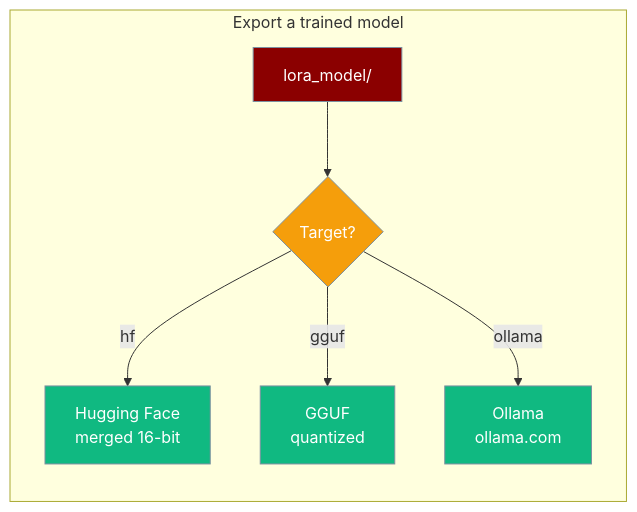
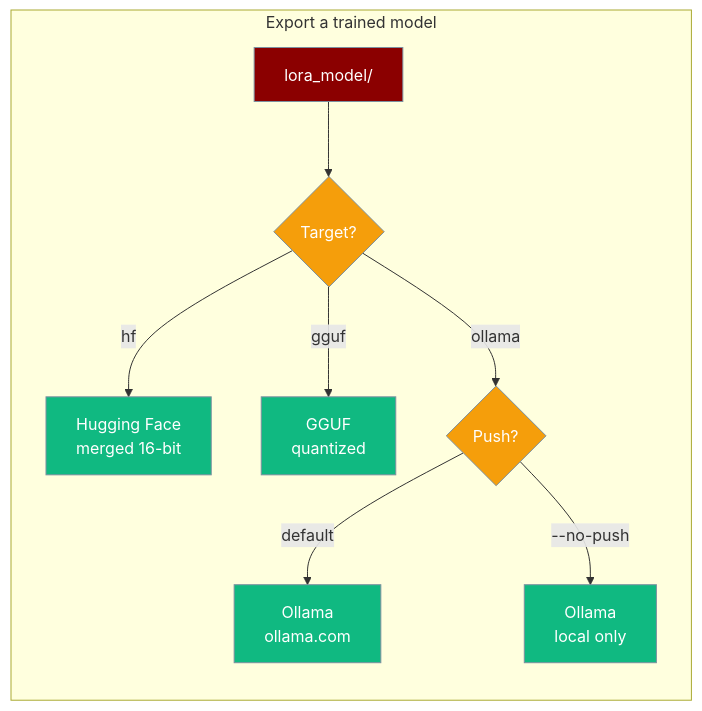
The first of 2 diagrams in docs/features/praisonai-train-export.mdx (MervinPraison/PraisonAIDocs), drawn with Mermaid before and after one commit. The commit also changed other lines of this file and 3 other files, not shown here.

Commit message:
fix: document --no-push / ollama_push: false for local-only Ollama exports (fixes #4927)

````diff
--- a/docs/features/praisonai-train-export.mdx
+++ b/docs/features/praisonai-train-export.mdx
@@ -10,17 +10,19 @@
 ```mermaid
 graph LR
     subgraph "Export a trained model"
         M[lora_model/] --> T{Target?}
         T -->|hf| HF[Hugging Face<br/>merged 16-bit]
         T -->|gguf| GG[GGUF<br/>quantized]
-        T -->|ollama| OL[Ollama<br/>ollama.com]
+        T -->|ollama| P{Push?}
+        P -->|default| OL[Ollama<br/>ollama.com]
+        P -->|--no-push| OLL[Ollama<br/>local only]
     end
 
     classDef input fill:#8B0000,stroke:#7C90A0,color:#fff
     classDef question fill:#F59E0B,stroke:#7C90A0,color:#fff
     classDef output fill:#10B981,stroke:#7C90A0,color:#fff
 
     class M input
-    class T question
-    class HF,GG,OL output
+    class T,P question
+    class HF,GG,OL,OLL output
 ```
````
